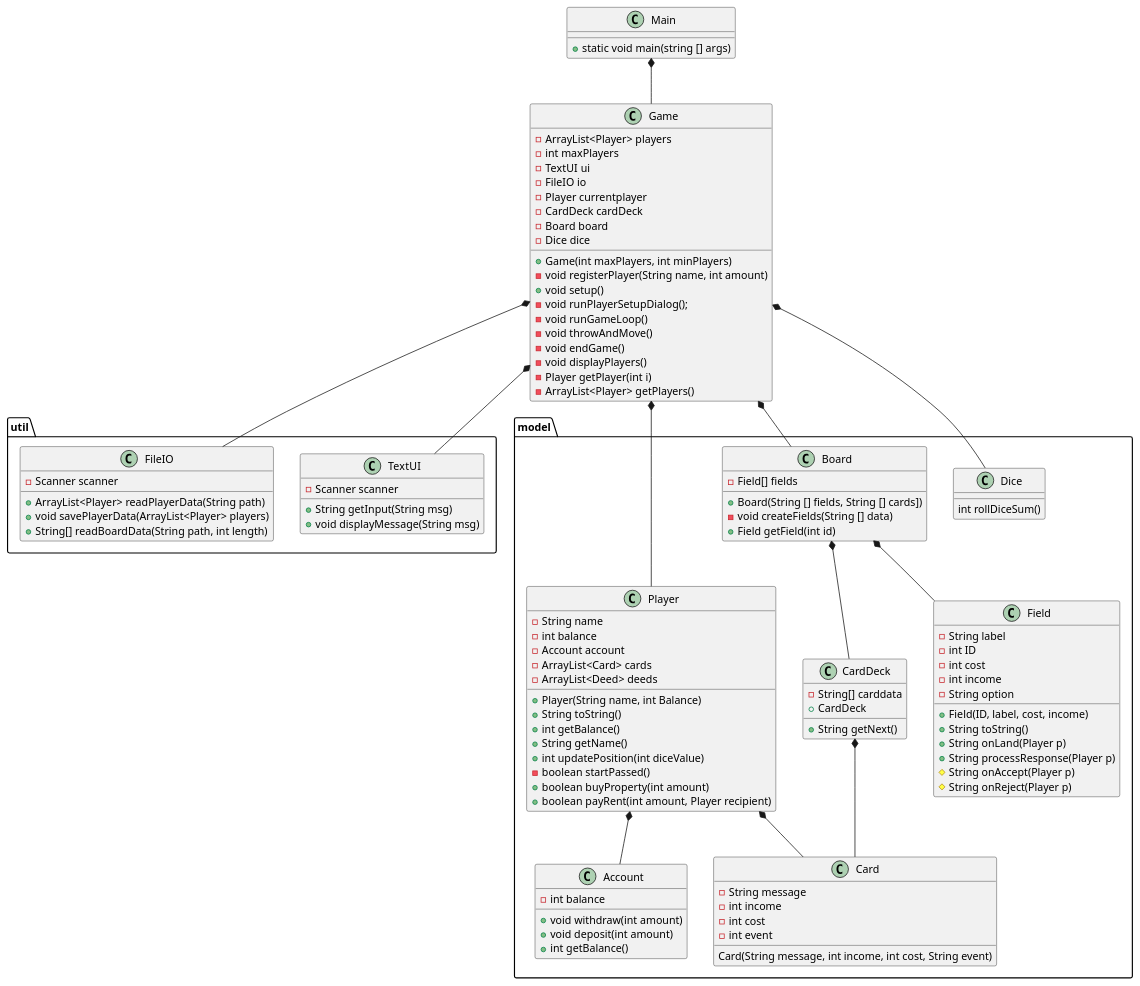
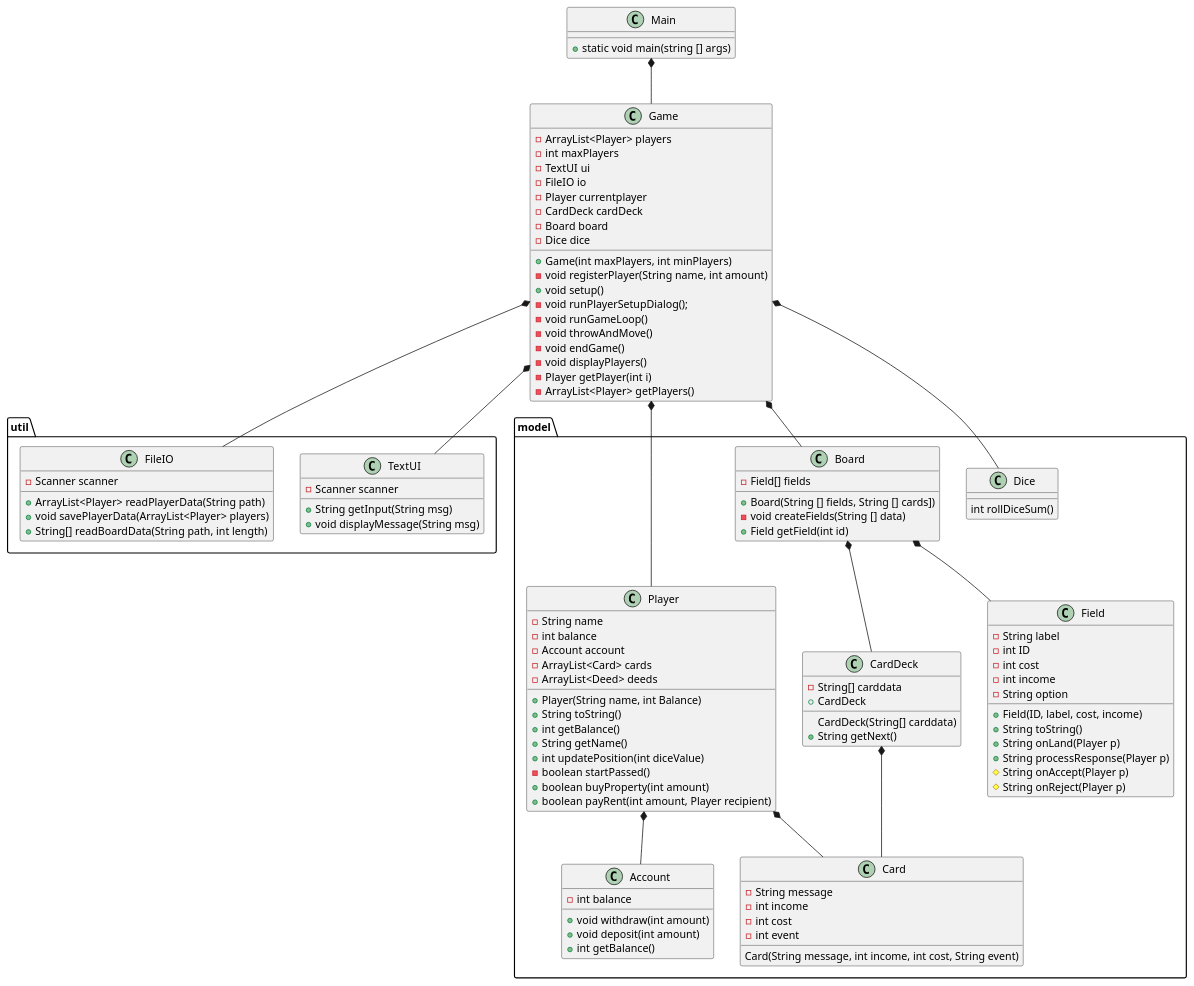
One commit to tessG/Monopoly24 changed the diagram in doc/classdiagram_4.puml. Above: the diagram before and after it, drawn with PlantUML. The commit also changed 4 other files, not shown here.

```diff
--- a/doc/classdiagram_4.puml
+++ b/doc/classdiagram_4.puml
@@ -1,118 +1,119 @@
 @startuml
 'Domænemodellen giver nye entity klasser
 'Pakker, model og util
 
 
 class Main
 class Game
 package "util"{
     class TextUI
     class FileIO
 }
 
 package "model"{
     class Player
     class Field
       class Dice
       class Account
       class CardDeck
        class Card
       class Board
 }
 
 Main *-- Game
 Game *-- TextUI
 Game *-- FileIO
 Game *-- Player
 Player *-- Account
 Player *-- Card
 Game *--Board
 Game *-- Dice
 Board *-- Field
 Board *-- CardDeck
 CardDeck *-- Card
 
 
 Main : + static void main(string [] args)
 
 Player  : - String name
 Player  : - int balance
 '---_new-----
 Player : - Account account
 Player : - ArrayList<Card> cards
 Player : - ArrayList<Deed> deeds
 '-----------
 Player  : + Player(String name, int Balance)
 Player  : + String toString()
 Player  : + int getBalance()
 Player : + String getName()
 '----new-----
 Player  : +int updatePosition(int diceValue)
 Player : -boolean startPassed()
 Player : + boolean buyProperty(int amount)
 Player : + boolean payRent(int amount, Player recipient)
 '-----------
 Account :  - int balance
 Account  : + void withdraw(int amount)
 Account  : + void deposit(int amount)
 Account  : + int getBalance()
 
 Game : - ArrayList<Player> players
 Game : - int maxPlayers
 Game : - TextUI ui
 Game : - FileIO io
 Game : - Player currentplayer
 Game : - CardDeck cardDeck
 Game : - Board board
 Game : - Dice dice
 Game : + Game(int maxPlayers, int minPlayers)
 Game : - void registerPlayer(String name, int amount)
 Game : + void setup()
 Game : - void runPlayerSetupDialog();
 Game : - void runGameLoop()
 Game : - void throwAndMove()
 Game : - void endGame()
 Game : - void displayPlayers()
 Game : - Player getPlayer(int i)
 Game : - ArrayList<Player> getPlayers()
 
 TextUI : + String getInput(String msg)
 TextUI : - Scanner scanner
 TextUI : + void displayMessage(String msg)
 
 
 FileIO : - Scanner scanner
 FileIO : + ArrayList<Player> readPlayerData(String path)
 FileIO : + void savePlayerData(ArrayList<Player> players)
 FileIO : + String[] readBoardData(String path, int length)
 
 Field : - String label
 Field : - int ID
 Field : - int cost
 Field : - int income
 Field : - String option
 Field : + Field(ID, label, cost, income)
 Field : + String toString()
 Field : + String onLand(Player p)
 Field : + String processResponse(Player p)
 Field : # String onAccept(Player p)
 Field : # String onReject(Player p)
 
 
 Board : - Field[] fields
 Board : + Board(String [] fields, String [] cards])
 Board : - void createFields(String [] data)
 Board : + Field getField(int id)
 
 CardDeck : - String[] carddata
 CardDeck : + CardDeck
+CardDeck : CardDeck(String[] carddata)
 CardDeck : + String getNext()
 
 Card : -String message
 Card : -int income
 Card : -int cost
 Card : -int event
 Card : Card(String message, int income, int cost, String event)
 
 Dice : int rollDiceSum()
 @enduml
```
